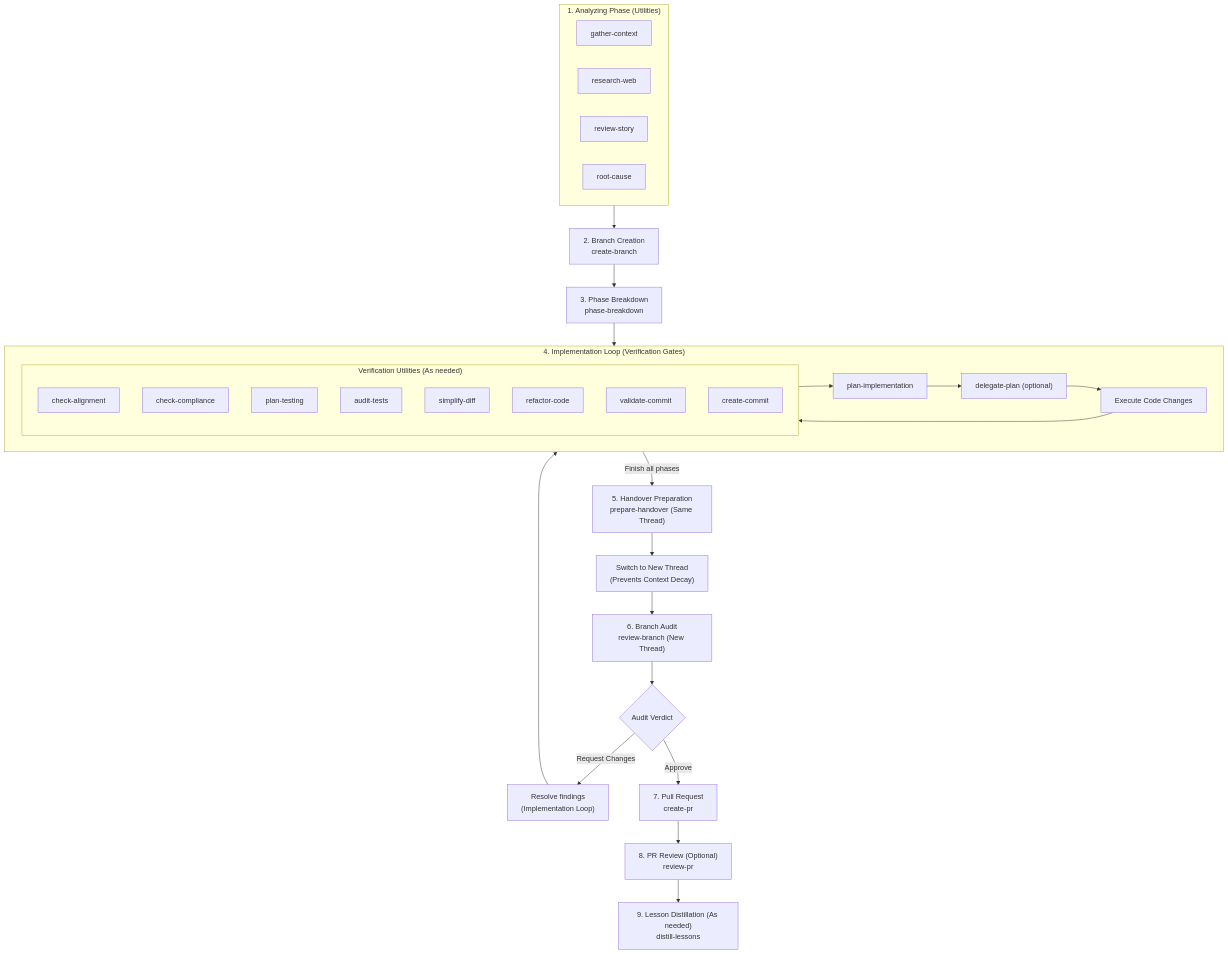
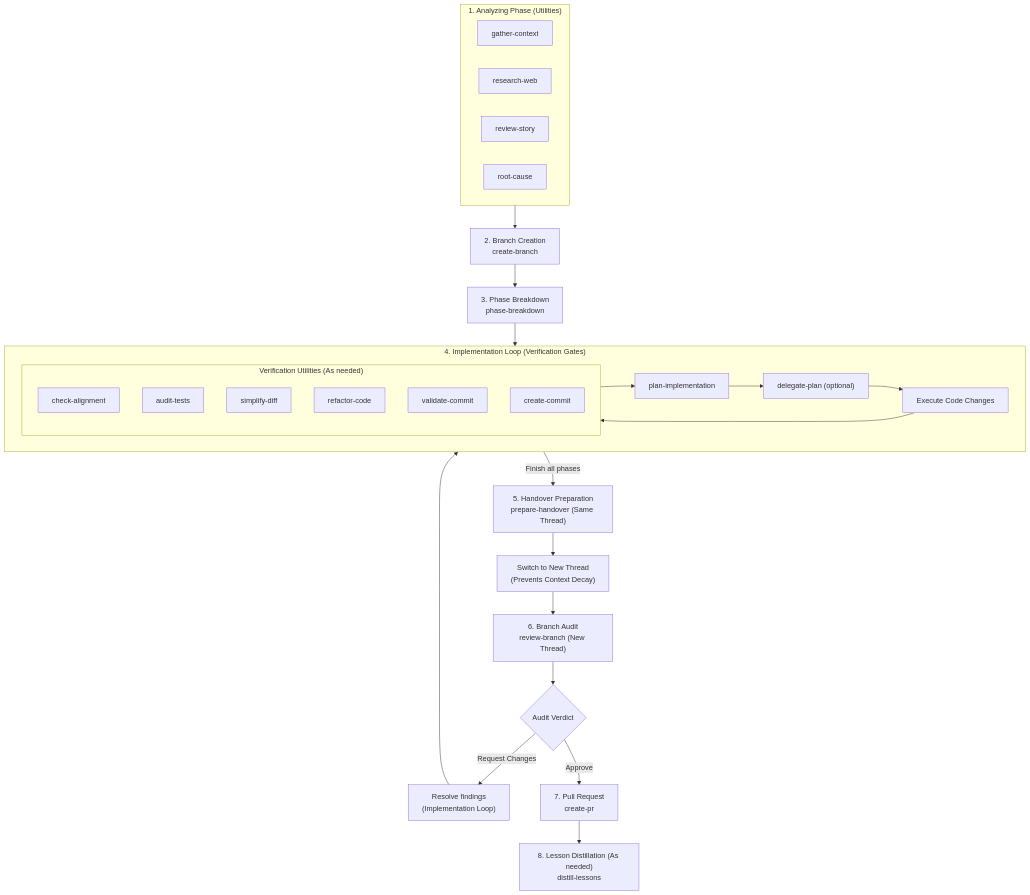
The diagram in LIFECYCLE.md (jrobertogarcia/agent-workflows), drawn with Mermaid before and after one commit. The commit also changed other lines of this file and 11 other files, not shown here.

````diff
--- a/LIFECYCLE.md
+++ b/LIFECYCLE.md
@@ -13,65 +13,61 @@
 ```mermaid
 graph TD
     %% Analyzing Phase
     subgraph Analyzing ["1. Analyzing Phase (Utilities)"]
         GC["gather-context"]
         RW["research-web"]
         RS["review-story"]
         RC["root-cause"]
     end
 
     %% Branch & Plan Phase
     CB["2. Branch Creation<br>create-branch"]
     PB["3. Phase Breakdown<br>phase-breakdown"]
     
     subgraph Loop ["4. Implementation Loop (Verification Gates)"]
         PI["plan-implementation"]
         DP["delegate-plan (optional)"]
         Code["Execute Code Changes"]
         
         %% Loop Utilities
         subgraph Utilities ["Verification Utilities (As needed)"]
             CA["check-alignment"]
-            CC["check-compliance"]
-            PT["plan-testing"]
             AT["audit-tests"]
             SD["simplify-diff"]
             RF["refactor-code"]
             VC["validate-commit"]
             CM["create-commit"]
         end
         
         PI --> DP
         DP --> Code
         Code --> Utilities
         Utilities --> PI
     end
 
     %% Handover & Review Phase
     PH["5. Handover Preparation<br>prepare-handover (Same Thread)"]
     Switch["Switch to New Thread<br>(Prevents Context Decay)"]
     RB["6. Branch Audit<br>review-branch (New Thread)"]
     
     %% Branch Review Outcome
     Decide{"Audit Verdict"}
     Fix["Resolve findings<br>(Implementation Loop)"]
     
     %% PR Release Phase
     CPR["7. Pull Request<br>create-pr"]
-    RPR["8. PR Review (Optional)<br>review-pr"]
-    DL["9. Lesson Distillation (As needed)<br>distill-lessons"]
+    DL["8. Lesson Distillation (As needed)<br>distill-lessons"]
 
     %% Flow connections
     Analyzing --> CB
     CB --> PB
     PB --> Loop
     Loop -->|Finish all phases| PH
     PH --> Switch
     Switch --> RB
     RB --> Decide
     Decide -->|Request Changes| Fix
     Decide -->|Approve| CPR
     Fix --> Loop
-    CPR --> RPR
-    RPR --> DL
+    CPR --> DL
 ```
````
